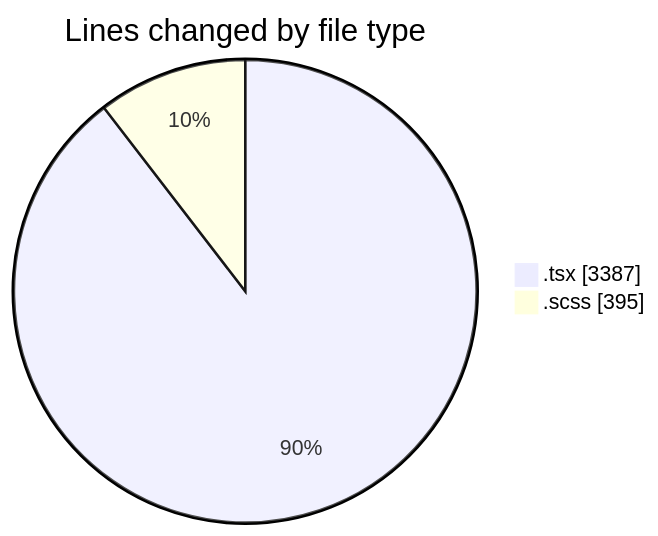
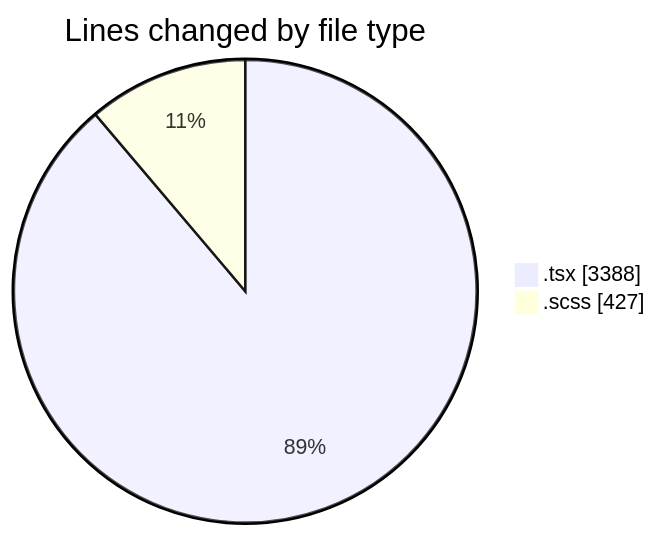
The first of 2 diagrams in 2025-09-30/cda/README.md (momahboobian/code-tracking), drawn with Mermaid before and after one commit. The commit also changed other lines of this file and 1 other file, not shown here.

````diff
--- a/2025-09-30/cda/README.md
+++ b/2025-09-30/cda/README.md
@@ -25,6 +25,6 @@
 ```mermaid
 pie showData
 title Lines changed by file type
-".tsx" : 3387
-".scss" : 395
+".tsx" : 3388
+".scss" : 427
 ```
````
